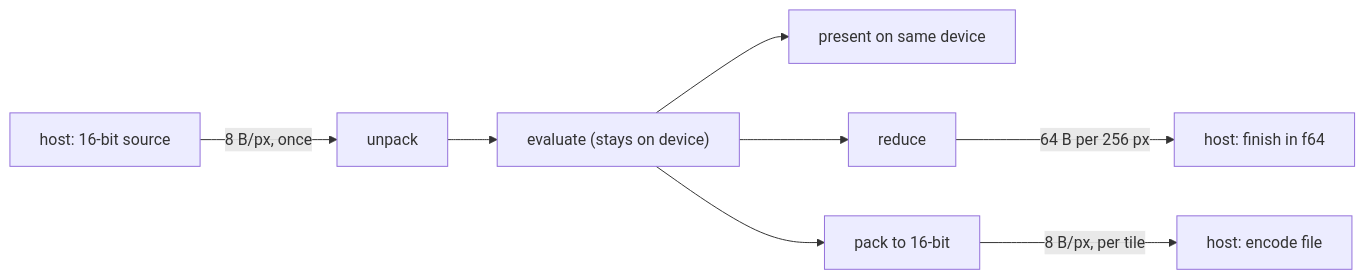
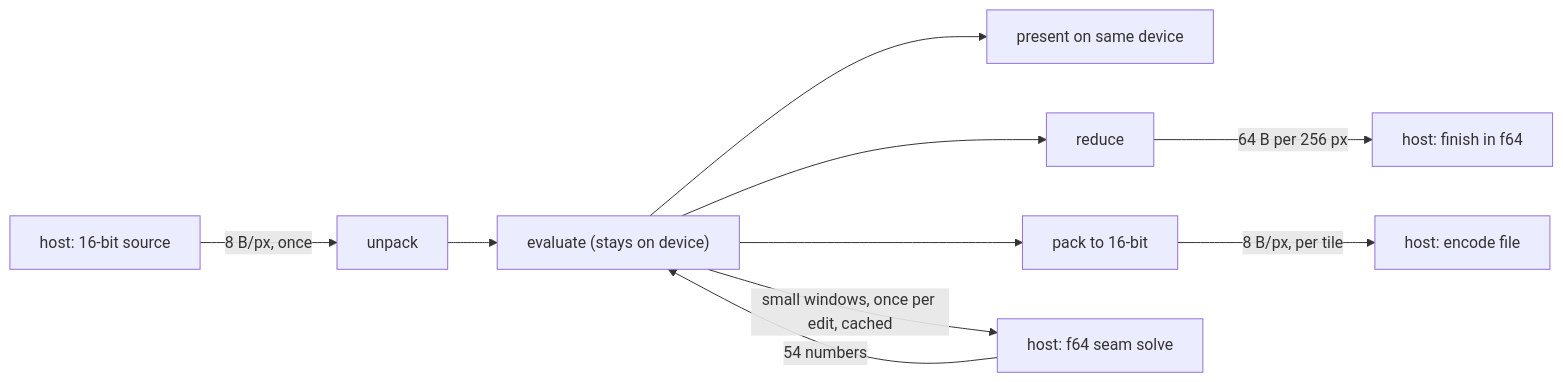
One commit to wesen/chromobench changed the diagram in docs/patterns/gpu/06-cross-the-bus-rarely.md. Above: the diagram before and after it, drawn with Mermaid. The commit also changed other lines of this file and 2 other files, not shown here.

````diff
--- a/docs/patterns/gpu/06-cross-the-bus-rarely.md
+++ b/docs/patterns/gpu/06-cross-the-bus-rarely.md
@@ -113,10 +109,12 @@
 ```mermaid
 flowchart LR
   H1["host: 16-bit source"] -->|"8 B/px, once"| U["unpack"]
   U --> C["evaluate (stays on device)"]
   C --> P["present on same device"]
   C --> R["reduce"]
   C --> K["pack to 16-bit"]
   R -->|"64 B per 256 px"| H2["host: finish in f64"]
   K -->|"8 B/px, per tile"| H3["host: encode file"]
+  C -->|"small windows, once per edit, cached"| H4["host: f64 seam solve"]
+  H4 -->|"54 numbers"| C
 ```
````
